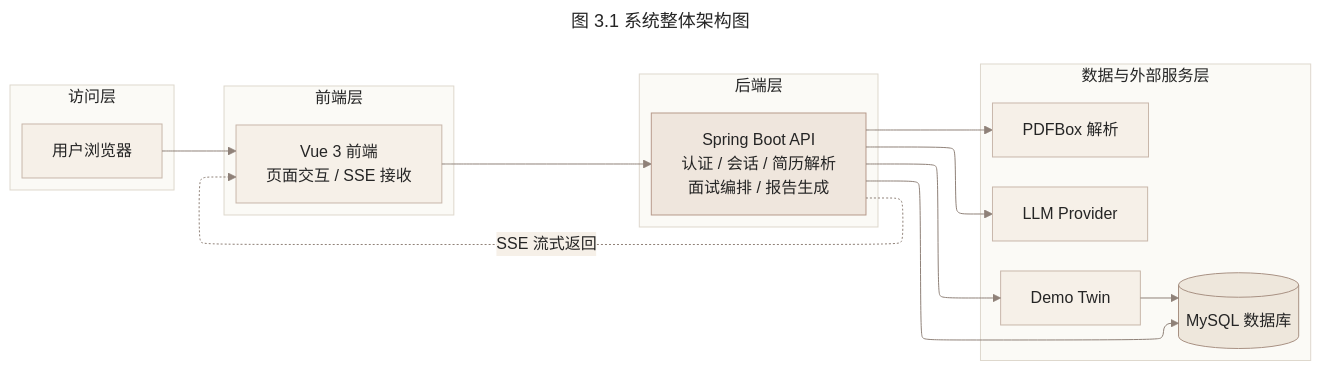
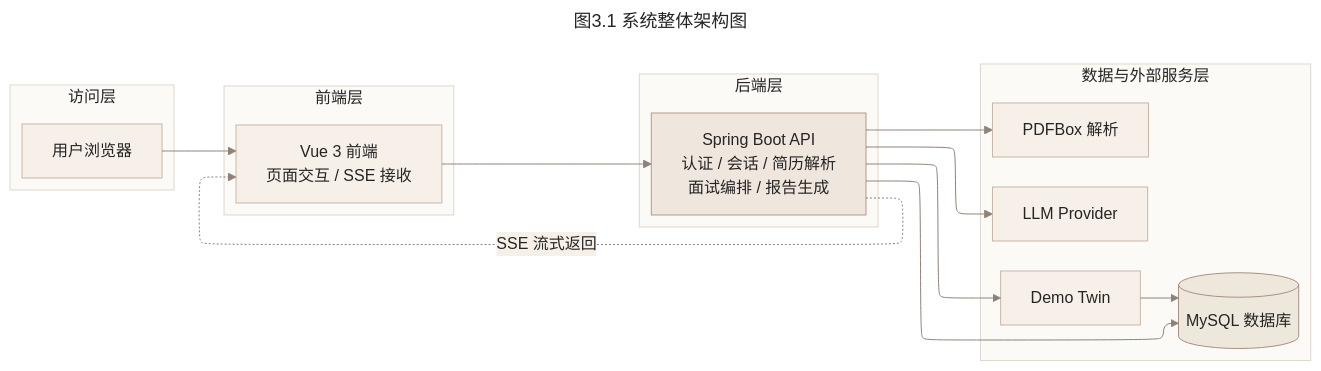
One commit to zyyyyynnn/graduation-project changed the diagram in thesis-assets/diagrams/fig-3-1-system-architecture.mmd. Above: the diagram before and after it, drawn with Mermaid. The commit also changed 20 other files, not shown here.

```diff
--- a/thesis-assets/diagrams/fig-3-1-system-architecture.mmd
+++ b/thesis-assets/diagrams/fig-3-1-system-architecture.mmd
@@ -1,57 +1,57 @@
 ---
-title: 图 3.1 系统整体架构图
+title: 图3.1 系统整体架构图
 config:
   theme: base
   layout: elk
   themeVariables:
     background: "#FAF8F2"
     primaryColor: "#EFE6DD"
     primaryBorderColor: "#B79A8B"
     primaryTextColor: "#252525"
     lineColor: "#8F8178"
     secondaryColor: "#F6F0E8"
     tertiaryColor: "#FBFAF6"
     fontFamily: "Microsoft YaHei, SimHei, Arial, sans-serif"
     fontSize: "16px"
 ---
 flowchart LR
   subgraph access["访问层"]
     direction TB
     user["用户浏览器"]
   end
 
   subgraph frontend["前端层"]
     direction TB
     ui["Vue 3 前端<br/>页面交互 / SSE 接收"]
   end
 
   subgraph backend["后端层"]
     direction TB
     api["Spring Boot API<br/>认证 / 会话 / 简历解析<br/>面试编排 / 报告生成"]
   end
 
   subgraph services["数据与外部服务层"]
     direction TB
     mysql[("MySQL 数据库")]
     pdf["PDFBox 解析"]
     llm["LLM Provider"]
     demo["Demo Twin"]
   end
 
   user --> ui
   ui --> api
   api --> mysql
   api --> pdf
   api --> llm
   api --> demo
   demo --> mysql
   api -. "SSE 流式返回" .-> ui
 
   classDef layer fill:#FBFAF6,stroke:#DED8CD,color:#252525
   classDef main fill:#EFE6DD,stroke:#B79A8B,color:#252525
   classDef node fill:#F6F0E8,stroke:#C8B7AA,color:#252525
   classDef store fill:#EEE7DC,stroke:#A89183,color:#252525
   class access,frontend,backend,services layer
   class api main
   class user,ui,pdf,llm,demo node
   class mysql store
```
